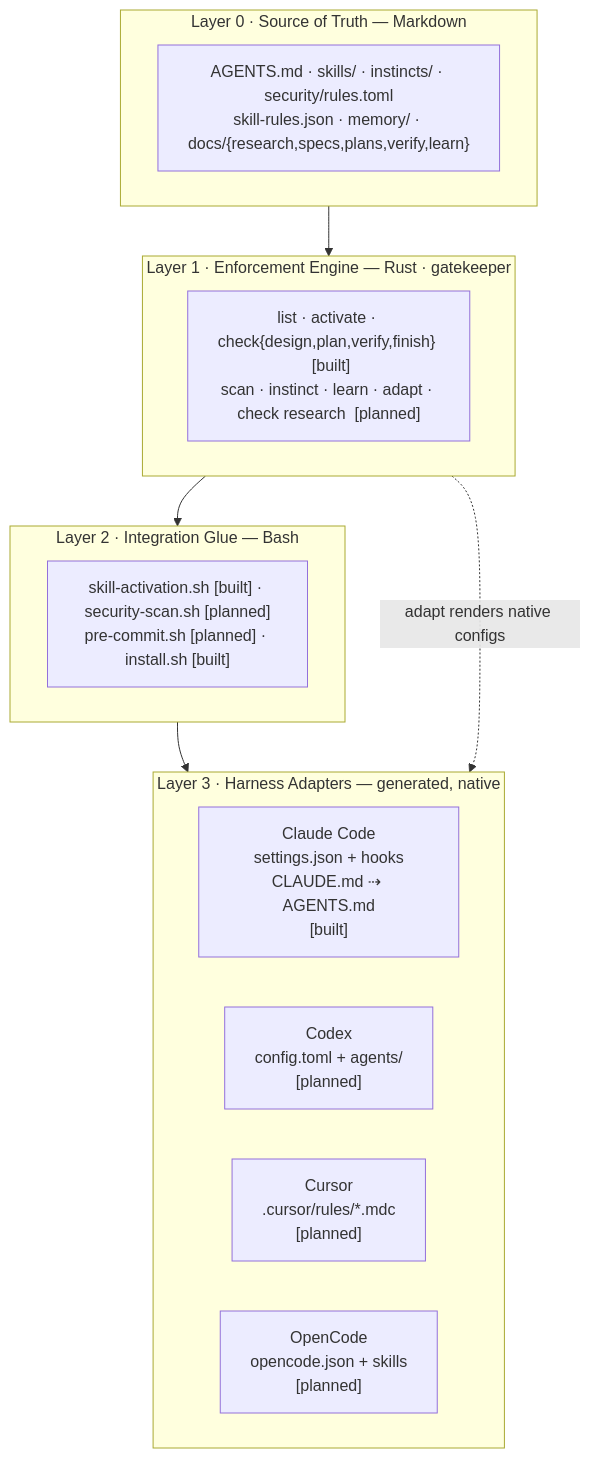
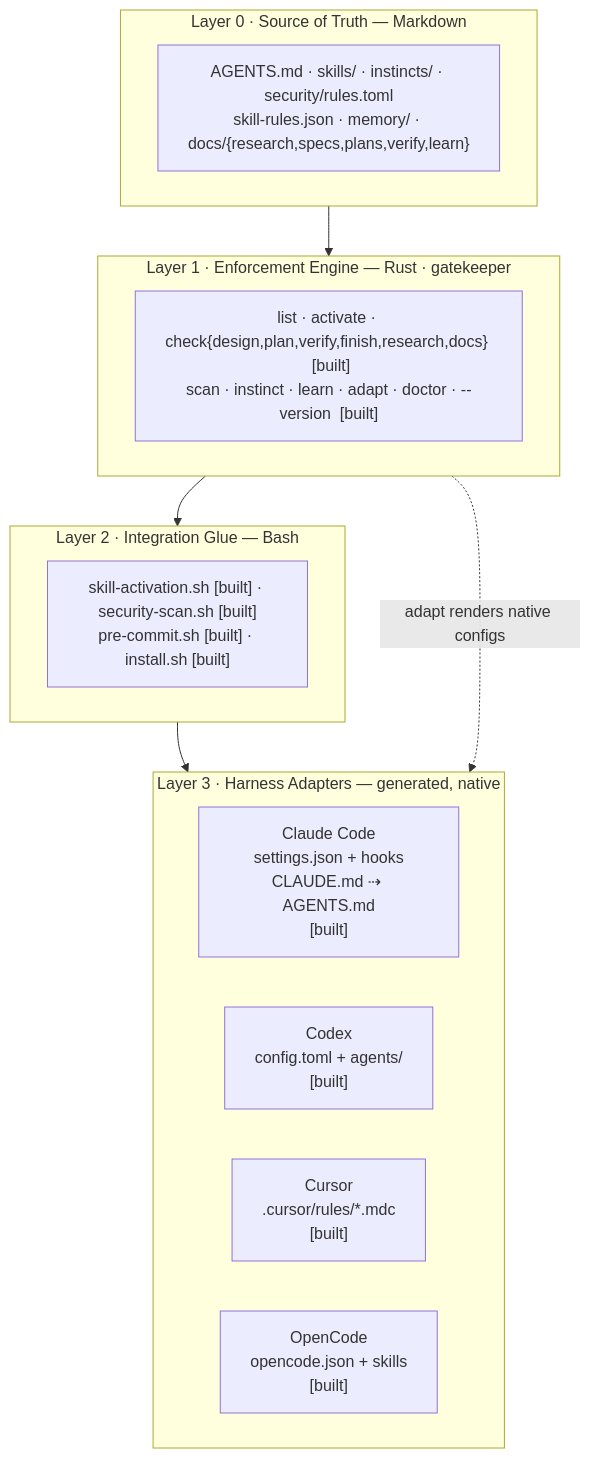
One commit to osxsystem/topology changed the first of 3 diagrams in docs/ARCHITECTURE.md. Above: the diagram before and after it, drawn with Mermaid. The commit also changed other lines of this file and 2 other files, not shown here.

First line of the commit message:
docs: reconcile ARCHITECTURE/README/main.rs "static binary" + [planned] drift

````diff
--- a/docs/ARCHITECTURE.md
+++ b/docs/ARCHITECTURE.md
@@ -16,21 +16,21 @@
 ```mermaid
 flowchart TB
     subgraph L3["Layer 3 · Harness Adapters — generated, native"]
         direction LR
         CC["Claude Code<br/>settings.json + hooks<br/>CLAUDE.md ⇢ AGENTS.md<br/>[built]"]
-        CX["Codex<br/>config.toml + agents/<br/>[planned]"]
-        CU["Cursor<br/>.cursor/rules/*.mdc<br/>[planned]"]
-        OC["OpenCode<br/>opencode.json + skills<br/>[planned]"]
+        CX["Codex<br/>config.toml + agents/<br/>[built]"]
+        CU["Cursor<br/>.cursor/rules/*.mdc<br/>[built]"]
+        OC["OpenCode<br/>opencode.json + skills<br/>[built]"]
     end
     subgraph L2["Layer 2 · Integration Glue — Bash"]
-        H["skill-activation.sh [built] · security-scan.sh [planned]<br/>pre-commit.sh [planned] · install.sh [built]"]
+        H["skill-activation.sh [built] · security-scan.sh [built]<br/>pre-commit.sh [built] · install.sh [built]"]
     end
     subgraph L1["Layer 1 · Enforcement Engine — Rust · gatekeeper"]
-        G["list · activate · check{design,plan,verify,finish}  [built]<br/>scan · instinct · learn · adapt · check research  [planned]"]
+        G["list · activate · check{design,plan,verify,finish,research,docs}  [built]<br/>scan · instinct · learn · adapt · doctor · --version  [built]"]
     end
     subgraph L0["Layer 0 · Source of Truth — Markdown"]
         S["AGENTS.md · skills/ · instincts/ · security/rules.toml<br/>skill-rules.json · memory/ · docs/{research,specs,plans,verify,learn}"]
     end
     L0 --> L1 --> L2 --> L3
     L1 -. "adapt renders native configs" .-> L3
 ```
````
